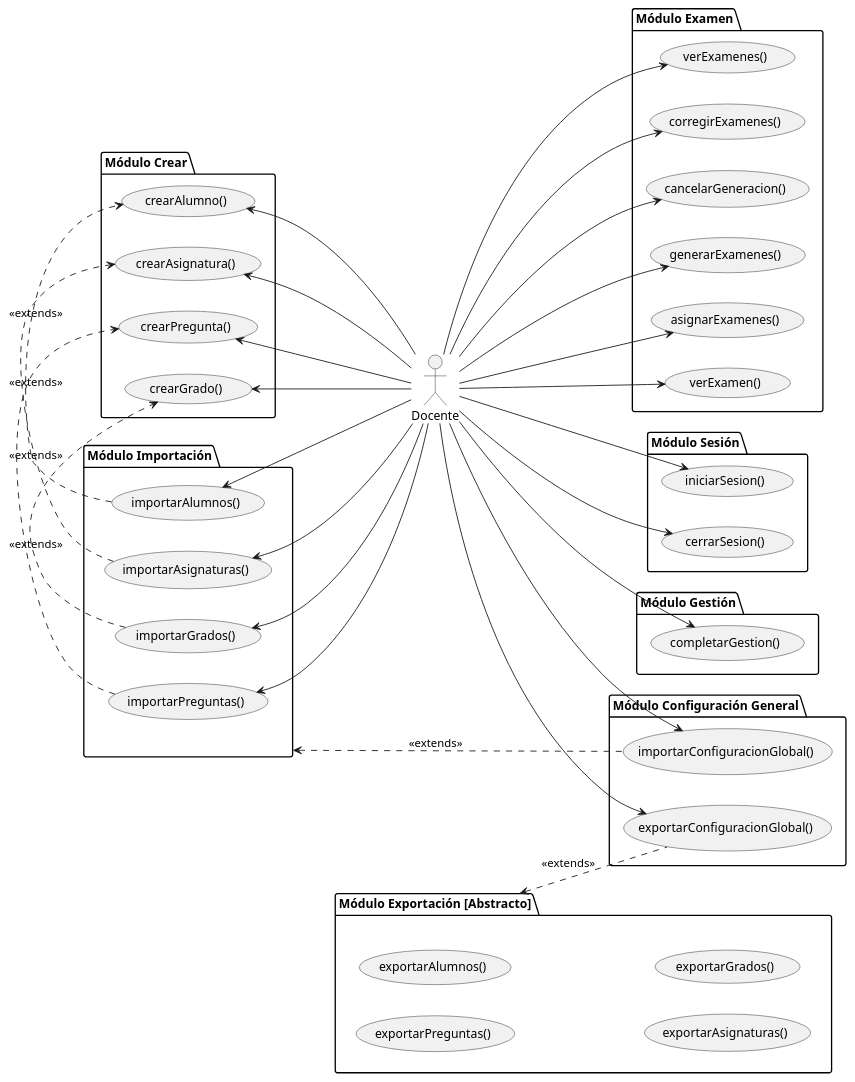
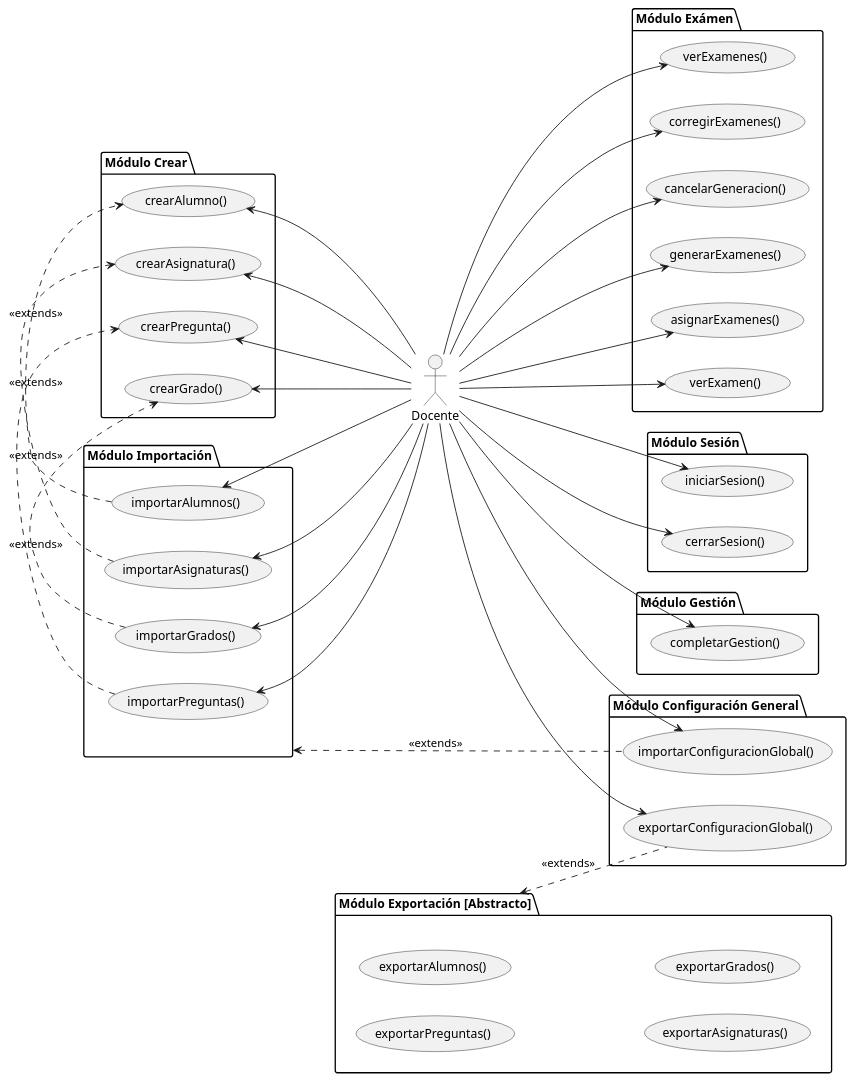
The diagram in documents/casos-de-uso/encontrarActoresYCasosDeUso/actoresYCasosDeUso-docente-Extra.puml (martinlopez7/25-26-IdSw1-SdR), drawn with PlantUML before and after one commit. The commit also changed 14 other files, not shown here.

```diff
--- a/documents/casos-de-uso/encontrarActoresYCasosDeUso/actoresYCasosDeUso-docente-Extra.puml
+++ b/documents/casos-de-uso/encontrarActoresYCasosDeUso/actoresYCasosDeUso-docente-Extra.puml
@@ -1,76 +1,76 @@
 @startuml actoresYCasosDeUso-docente-extra
 
 left to right direction
 
 actor "Docente" as doc
 
 package "Módulo Configuración General" {
   usecase "exportarConfiguracionGlobal()" as UC26
   usecase "importarConfiguracionGlobal()" as UC27
 }
 
 package "Módulo Sesión" {
   usecase "iniciarSesion()" as UC42
   usecase "cerrarSesion()" as UC43
 }
 
 package "Módulo Gestión" {
   usecase "completarGestion()" as UC13
 
 }
 package "Módulo Importación" as MI45{
   usecase "importarAsignaturas()" as UC38
   usecase "importarPreguntas()" as UC24
   usecase "importarAlumnos()" as UC19
   usecase "importarGrados()" as UC36
 }
 package "Módulo Exportación [Abstracto]" as ME44{
 usecase "exportarPreguntas()" as UC25
 usecase "exportarAlumnos()" as UC17
 usecase "exportarAsignaturas()" as UC39
 usecase "exportarGrados()" as UC37
 }
 
 package "Módulo Crear" {
   usecase "crearGrado()" as UC1
   usecase "crearAlumno()" as UC9
   usecase "crearPregunta()" as UC20
   usecase "crearAsignatura()" as UC5
 }
-package "Módulo Examen" {
+package "Módulo Exámen" {
   usecase "generarExamenes()" as UC28
   usecase "asignarExamenes()" as UC29
   usecase "cancelarGeneracion()" as UC40
   usecase "corregirExamenes()" as UC31
   usecase "verExamen()" as UC32
   usecase "verExamenes()" as UC33
 }
 doc -l->UC5
 doc -l->UC20
 doc -l->UC1
 doc -l->UC9
 doc --> UC13
 doc -u-> UC19
 doc -u-> UC24
 
 doc -d-> UC26
 doc -d-> UC27
 doc -u-> UC36
 doc -u-> UC38
 doc --> UC42
 doc --> UC43
 
 doc -d-> UC28
 doc -d-> UC29
 doc -u-> UC40
 doc -u-> UC31
 doc --> UC32
 doc --> UC33
 ME44<..UC26 : <<extends>>
 MI45<..UC27 : <<extends>>
 UC38 .> UC5 : <<extends>>
 UC36 .> UC1 : <<extends>>
 UC24 .> UC20 : <<extends>>
 UC19 .> UC9 : <<extends>>
 
 @enduml
```
